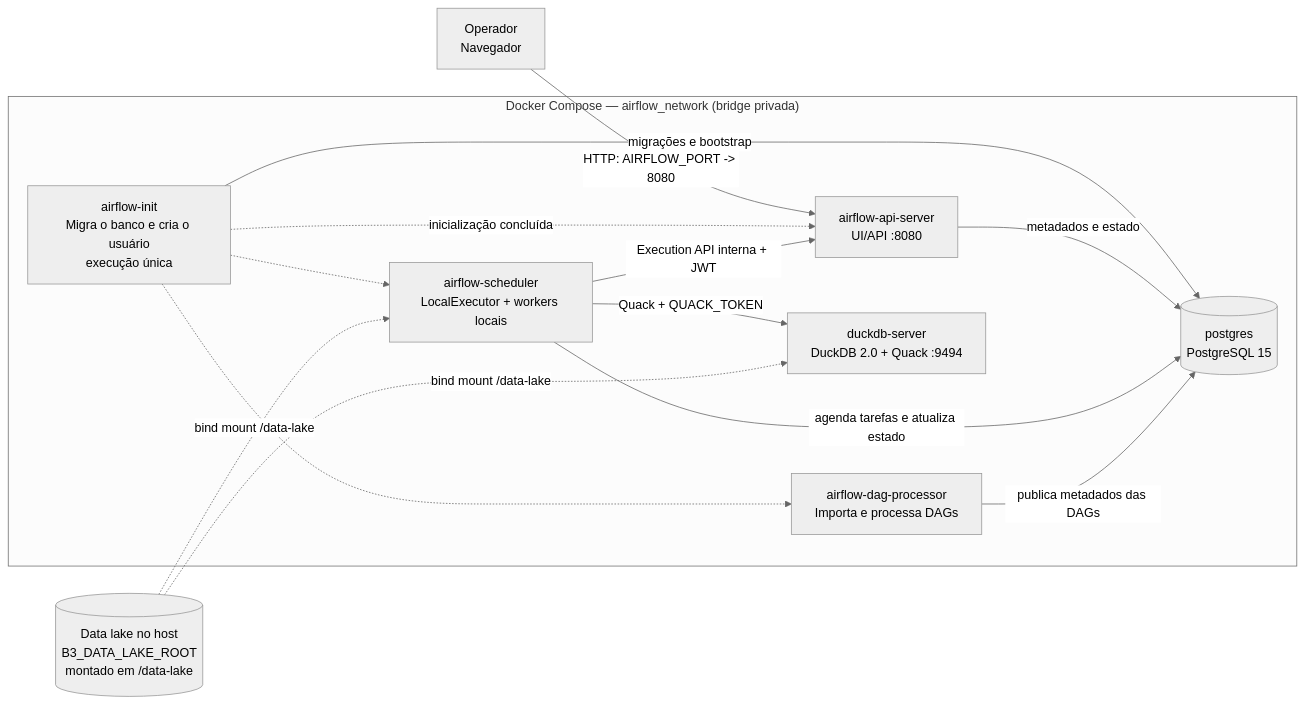
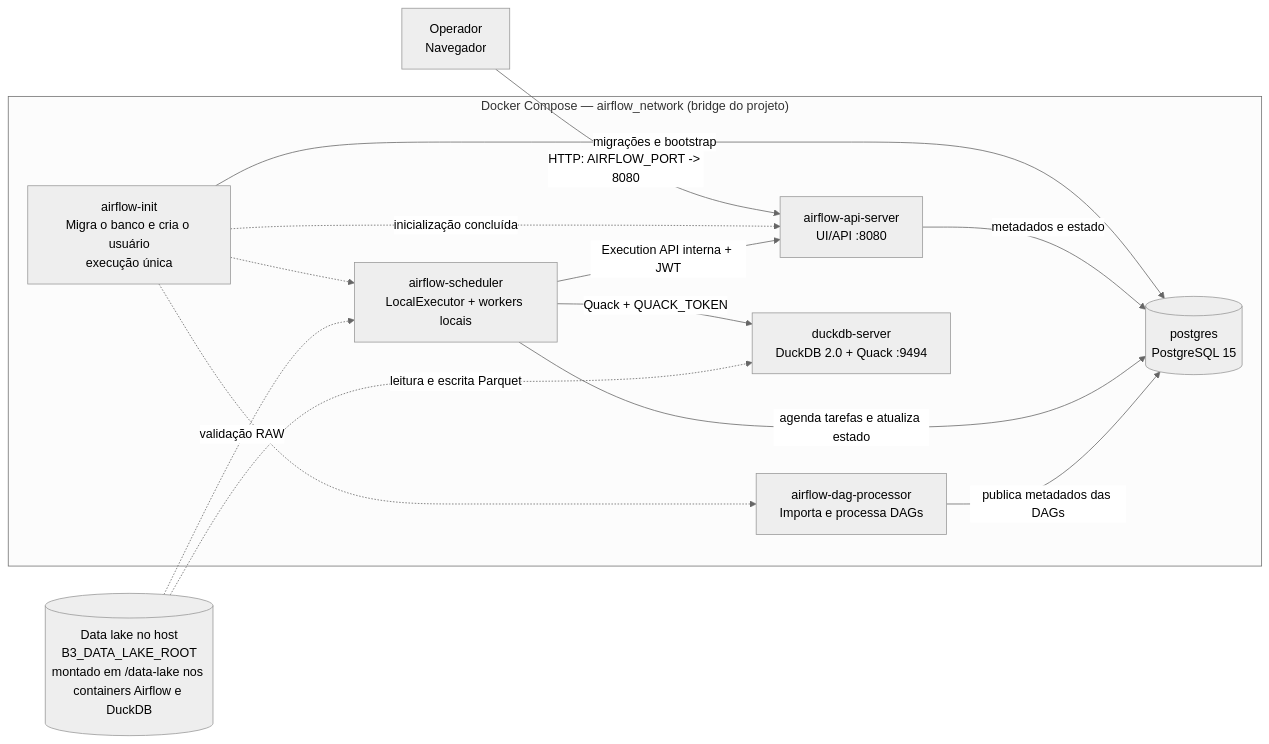
The first of 2 diagrams in B3-Pipelines/docs/infraestrutura.md (BiellBatista/Python.DataEngineering), drawn with Mermaid (neutral theme) before and after one commit. The commit also changed other lines of this file and 2 other files, not shown here.

Commit message:
docs: update README and infrastructure documentation for clarity; refine data lake and service descriptions

````diff
--- a/B3-Pipelines/docs/infraestrutura.md
+++ b/B3-Pipelines/docs/infraestrutura.md
@@ -19,28 +19,28 @@
 ```mermaid
 %%{init: {"flowchart": {"curve": "basis"}}}%%
 flowchart LR
     Operator["Operador<br/>Navegador"]
-    Lake[("Data lake no host<br/>B3_DATA_LAKE_ROOT<br/>montado em /data-lake")]
+    Lake[("Data lake no host<br/>B3_DATA_LAKE_ROOT<br/>montado em /data-lake nos containers Airflow e DuckDB")]
 
-    subgraph Docker["Docker Compose — airflow_network (bridge privada)"]
+    subgraph Docker["Docker Compose — airflow_network (bridge do projeto)"]
         Init["airflow-init<br/>Migra o banco e cria o usuário<br/>execução única"]
         API["airflow-api-server<br/>UI/API :8080"]
         Scheduler["airflow-scheduler<br/>LocalExecutor + workers locais"]
         Processor["airflow-dag-processor<br/>Importa e processa DAGs"]
         Postgres[("postgres<br/>PostgreSQL 15")]
         DuckDB["duckdb-server<br/>DuckDB 2.0 + Quack :9494"]
     end
 
     Operator -->|"HTTP: AIRFLOW_PORT -> 8080"| API
     Init -->|"migrações e bootstrap"| Postgres
     Init -.->|"inicialização concluída"| API
     Init -.-> Scheduler
     Init -.-> Processor
     API -->|"metadados e estado"| Postgres
     Scheduler -->|"agenda tarefas e atualiza estado"| Postgres
     Processor -->|"publica metadados das DAGs"| Postgres
     Scheduler -->|"Execution API interna + JWT"| API
     Scheduler -->|"Quack + QUACK_TOKEN"| DuckDB
-    Lake -.->|"bind mount /data-lake"| Scheduler
-    Lake -.->|"bind mount /data-lake"| DuckDB
+    Lake -.->|"validação RAW"| Scheduler
+    Lake -.->|"leitura e escrita Parquet"| DuckDB
 ```
````
